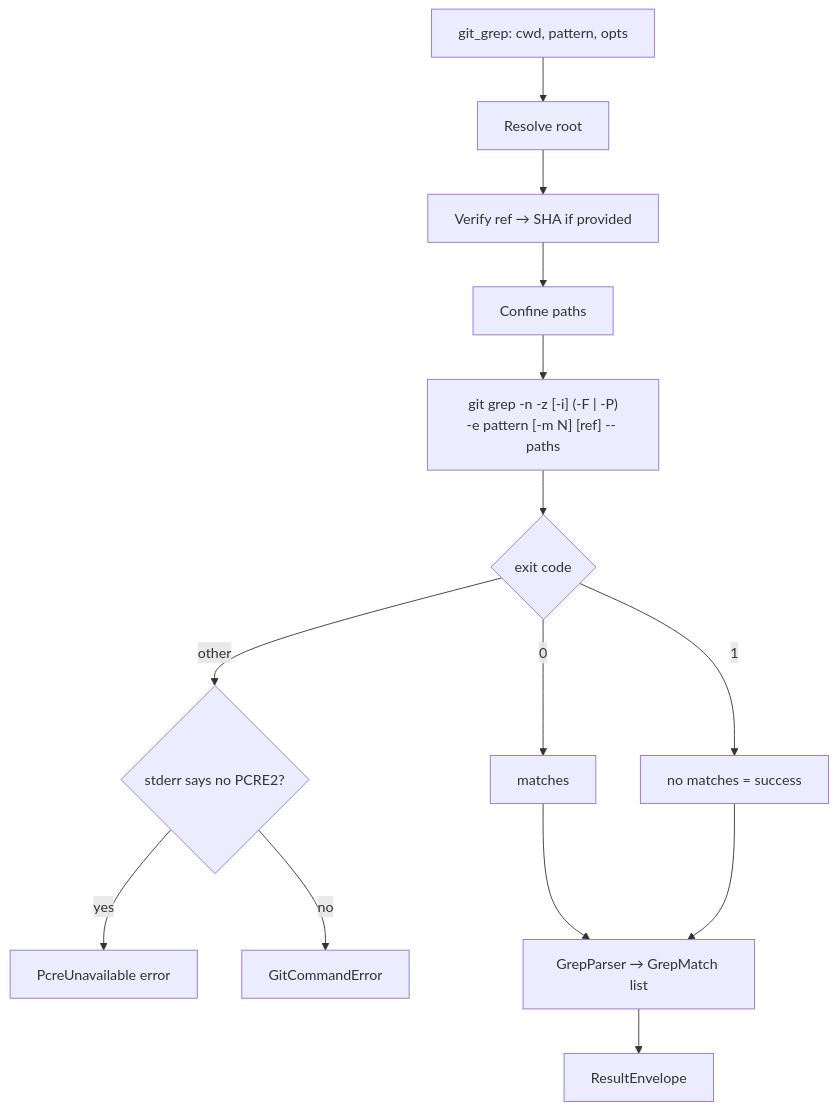
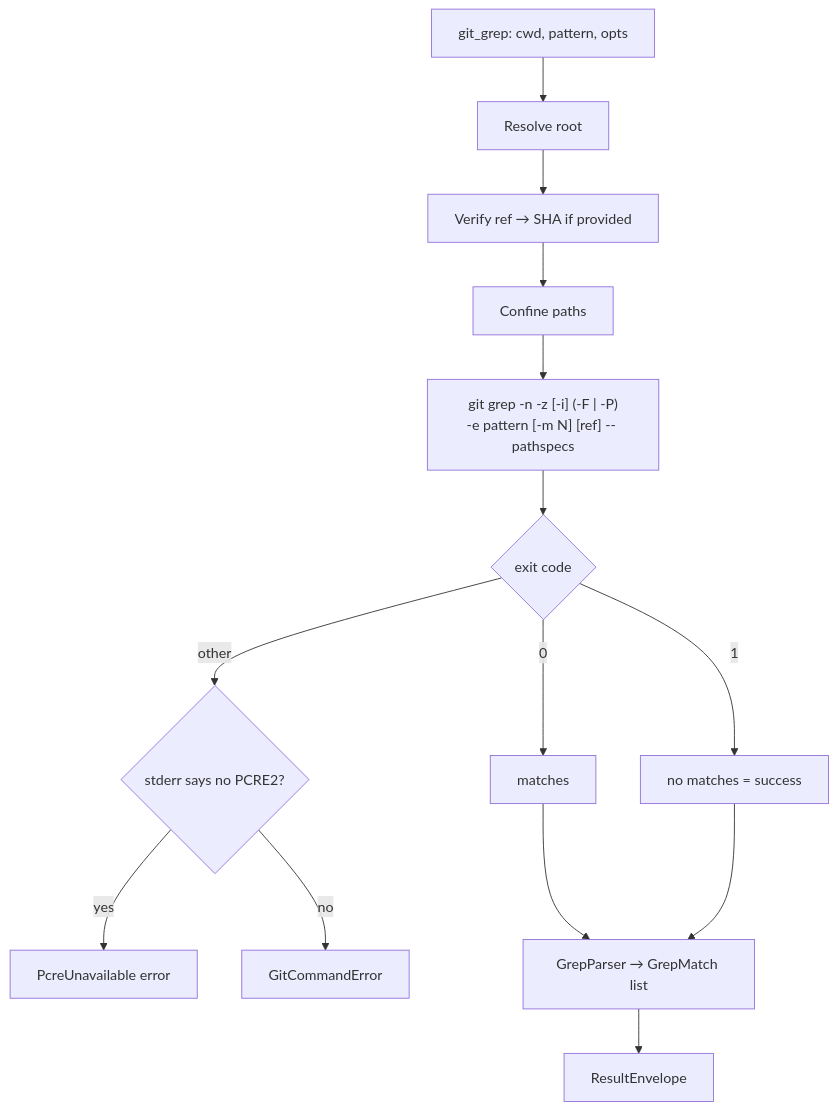
Before and after one commit to brenordv/mcp-toolset: the eighth of 14 diagrams in src/RaccoonNinja.McpToolset.Server.GitOps/README.md, drawn with Mermaid. The commit also changed other lines of this file and 22 other files, not shown here.

````diff
--- a/src/RaccoonNinja.McpToolset.Server.GitOps/README.md
+++ b/src/RaccoonNinja.McpToolset.Server.GitOps/README.md
@@ -268,16 +281,16 @@
 ```mermaid
 flowchart TD
     A[git_grep: cwd, pattern, opts] --> B[Resolve root]
     B --> C[Verify ref → SHA if provided]
     C --> D[Confine paths]
-    D --> E["git grep -n -z [-i] (-F | -P)<br/>-e pattern [-m N] [ref] -- paths"]
+    D --> E["git grep -n -z [-i] (-F | -P)<br/>-e pattern [-m N] [ref] -- pathspecs"]
     E --> F{exit code}
     F -- 0 --> G[matches]
     F -- 1 --> H[no matches = success]
     F -- other --> I{stderr says no PCRE2?}
     I -- yes --> J[PcreUnavailable error]
     I -- no --> K[GitCommandError]
     G --> L[GrepParser → GrepMatch list]
     H --> L
     L --> M[ResultEnvelope]
 ```
````
